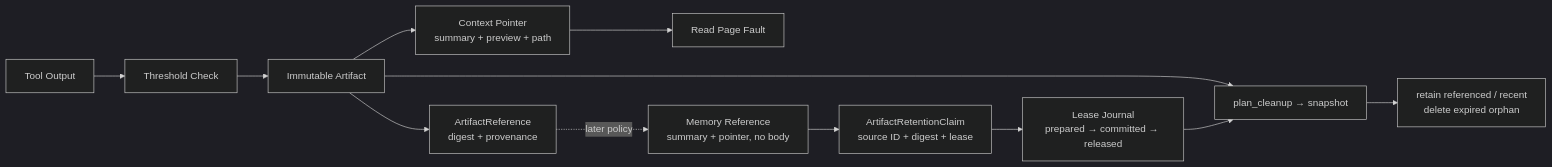
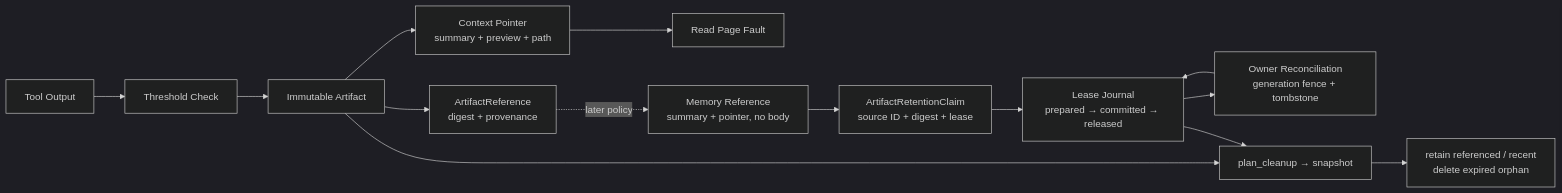
The diagram in s13_output_externalization/README.md (Zenquan/learn-workbuddy), drawn with Mermaid (dark theme) before and after one commit. The commit also changed other lines of this file and 3 other files, not shown here.

````diff
--- a/s13_output_externalization/README.md
+++ b/s13_output_externalization/README.md
@@ -13,14 +13,16 @@
 ```mermaid
 flowchart LR
     A["Tool Output"] --> B["Threshold Check"]
     B --> C["Immutable Artifact"]
     C --> D["Context Pointer<br/>summary + preview + path"]
     D --> E["Read Page Fault"]
     C --> F["ArtifactReference<br/>digest + provenance"]
     F -. "later policy" .-> G["Memory Reference<br/>summary + pointer, no body"]
     G --> H["ArtifactRetentionClaim<br/>source ID + digest + lease"]
     H --> L["Lease Journal<br/>prepared → committed → released"]
+    L --> R["Owner Reconciliation<br/>generation fence + tombstone"]
+    R --> L
     C --> I["plan_cleanup → snapshot"]
     L --> I
     I --> J["retain referenced / recent<br/>delete expired orphan"]
 ```
````
